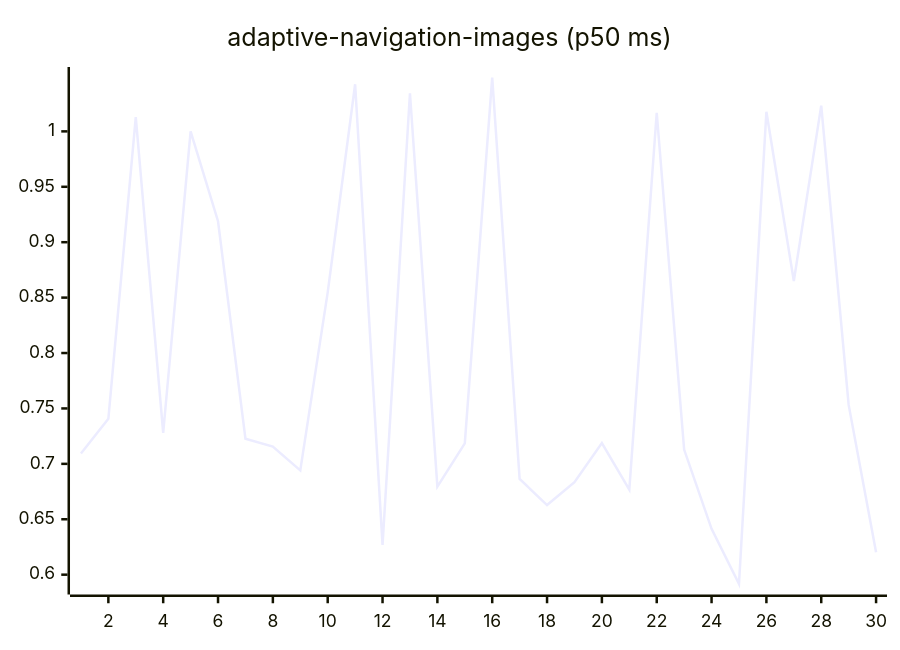
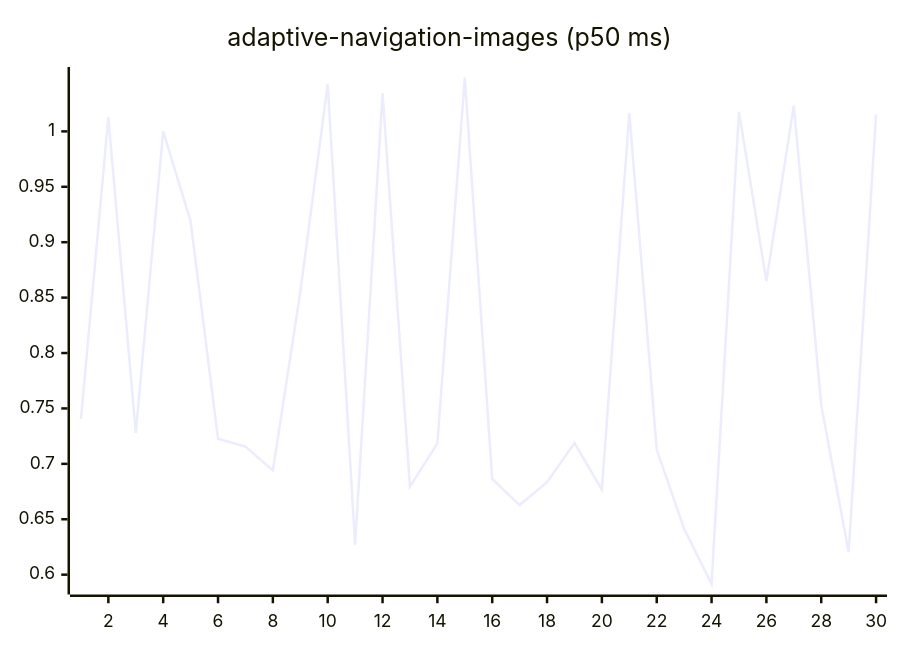
Before and after one commit to josha/Facet: the first of 27 diagrams in README.md, drawn with Mermaid. The commit also changed other lines of this file and 2 other files, not shown here.

````diff
--- a/README.md
+++ b/README.md
@@ -63,6 +63,6 @@
 ```mermaid
 xychart-beta
     title "adaptive-navigation-images (p50 ms)"
     x-axis 1 --> 30
-    line [0.7094, 0.7407, 1.0129, 0.7280, 1.0000, 0.9189, 0.7227, 0.7156, 0.6941, 0.8547, 1.0425, 0.6269, 1.0344, 0.6795, 0.7184, 1.0485, 0.6864, 0.6628, 0.6834, 0.7187, 0.6768, 1.0168, 0.7129, 0.6414, 0.5917, 1.0177, 0.8650, 1.0232, 0.7532, 0.6203]
+    line [0.7407, 1.0129, 0.7280, 1.0000, 0.9189, 0.7227, 0.7156, 0.6941, 0.8547, 1.0425, 0.6269, 1.0344, 0.6795, 0.7184, 1.0485, 0.6864, 0.6628, 0.6834, 0.7187, 0.6768, 1.0168, 0.7129, 0.6414, 0.5917, 1.0177, 0.8650, 1.0232, 0.7532, 0.6203, 1.0152]
 ```
````
